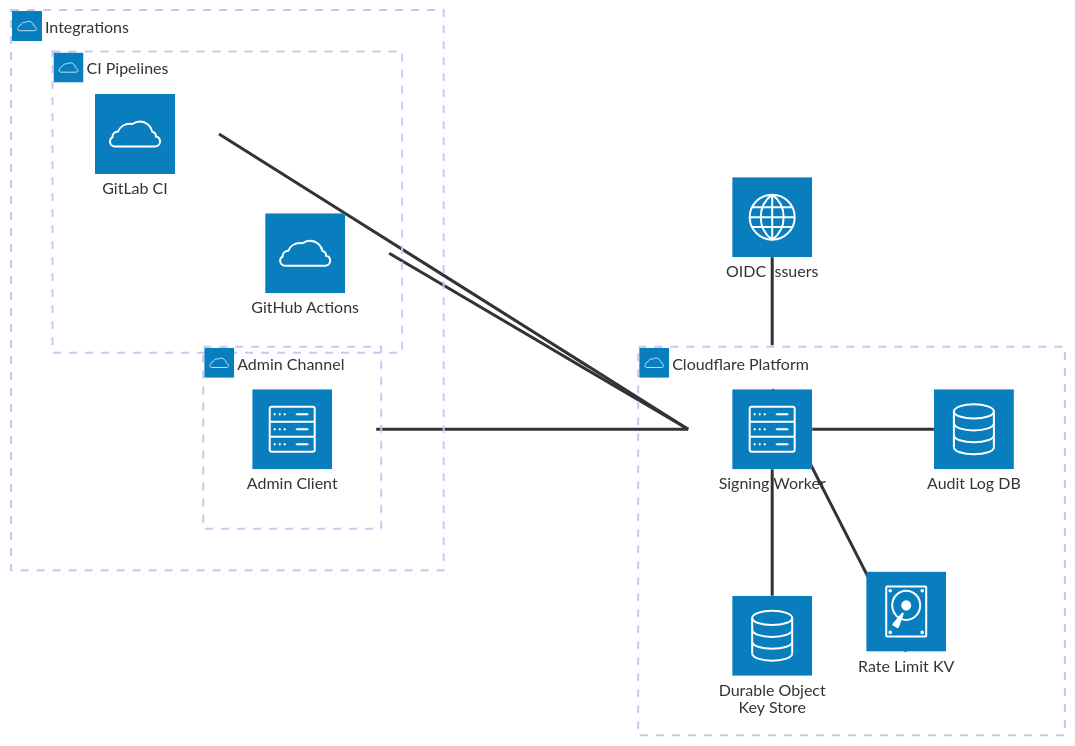
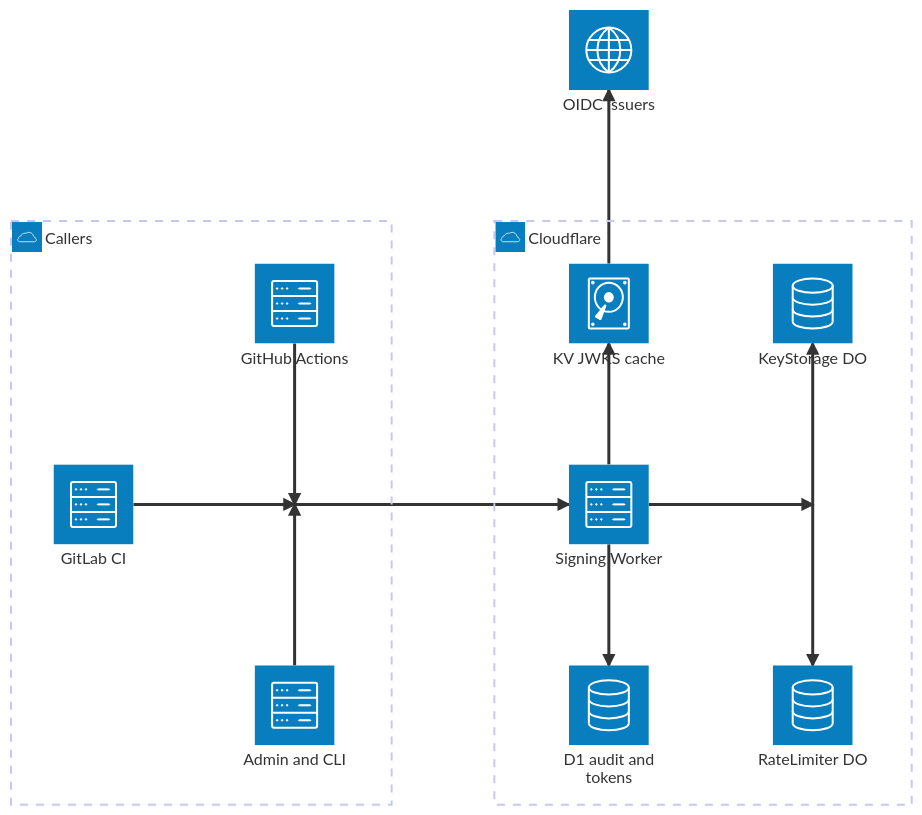
Before and after one commit to kjanat/gpg-signing-service: the first of 2 diagrams in README.md, drawn with Mermaid. The commit also changed other lines of this file, not shown here.

Commit message:
docs: document signing architecture
Describe X.509 and service-token support, then map callers,
authentication, Cloudflare bindings, and signing request flow.

````diff
--- a/README.md
+++ b/README.md
@@ -17,30 +21,31 @@
 ```mermaid
 architecture-beta
-    group cf(cloud)[Cloudflare Platform]
+    group callers(cloud)[Callers]
+    service gha(server)[GitHub Actions] in callers
+    service gitlab(server)[GitLab CI] in callers
+    service admin(server)[Admin and CLI] in callers
+    junction jin in callers
+
+    group cf(cloud)[Cloudflare]
     service worker(server)[Signing Worker] in cf
-    service durable(database)[Durable Object Key Store] in cf
-    service d1(database)[Audit Log DB] in cf
-    service kv(disk)[Rate Limit KV] in cf
+    service kv(disk)[KV JWKS cache] in cf
+    service d1(database)[D1 audit and tokens] in cf
+    junction jdo in cf
+    service keys(database)[KeyStorage DO] in cf
+    service rl(database)[RateLimiter DO] in cf
 
-    group ext(cloud)[Integrations]
+    service issuers(internet)[OIDC Issuers]
 
-    group ci(cloud)[CI Pipelines] in ext
-    service gha(cloud)[GitHub Actions] in ci
-    service gitlab(cloud)[GitLab CI] in ci
+    gha:B --> T:jin
+    gitlab:R --> L:jin
+    admin:T --> B:jin
+    jin:R --> L:worker
 
-    group admin(cloud)[Admin Channel] in ext
-    service admincli(server)[Admin Client] in admin
+    worker:T --> B:kv
+    kv:T --> B:issuers
+    worker:B --> T:d1
 
-    service jwks(internet)[OIDC Issuers]
-
-    gha{group}:R -- L:worker{group}
-    gitlab{group}:R -- L:worker{group}
-
-    admincli{group}:R -- L:worker{group}
-
-    worker:T -- B:kv
-    worker:R -- L:d1
-    worker:B -- T:durable
-
-    worker{group}:T -- B:jwks
+    worker:R --> L:jdo
+    jdo:T --> B:keys
+    jdo:B --> T:rl
 ```
````
